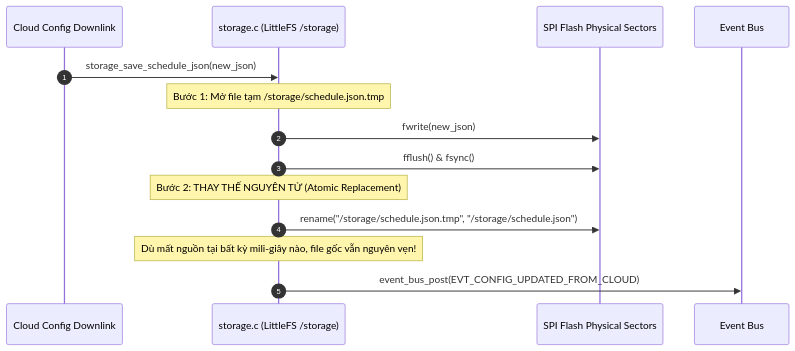
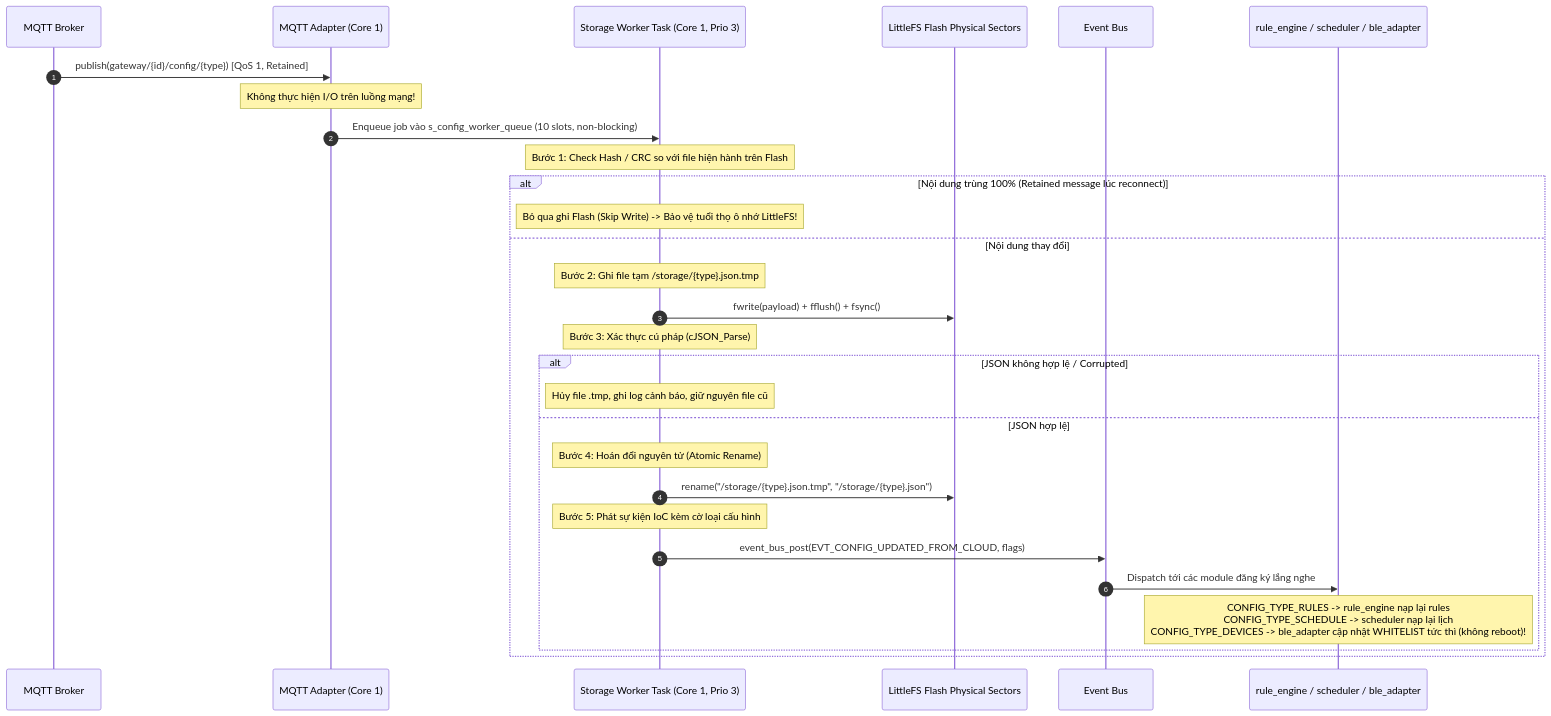
Before and after one commit to mrhan68/Gateway_Clock: the sixth of 7 diagrams in docs/architecture/02-subsystems-and-interfaces.md, drawn with Mermaid. The commit also changed other lines of this file and 22 other files, not shown here.

````diff
--- a/docs/architecture/02-subsystems-and-interfaces.md
+++ b/docs/architecture/02-subsystems-and-interfaces.md
@@ -273,17 +307,32 @@
 ```mermaid
 sequenceDiagram
     autonumber
-    participant Cloud as Cloud Config Downlink
-    participant Storage as storage.c (LittleFS /storage)
-    participant Flash as SPI Flash Physical Sectors
+    participant Broker as MQTT Broker
+    participant Mqtt as MQTT Adapter (Core 1)
+    participant Worker as Storage Worker Task (Core 1, Prio 3)
+    participant Flash as LittleFS Flash Physical Sectors
     participant Bus as Event Bus
+    participant Modules as rule_engine / scheduler / ble_adapter
 
-    Cloud->>Storage: storage_save_schedule_json(new_json)
-    Note over Storage: Bước 1: Mở file tạm /storage/schedule.json.tmp
-    Storage->>Flash: fwrite(new_json)
-    Storage->>Flash: fflush() & fsync()
-    Note over Storage: Bước 2: THAY THẾ NGUYÊN TỬ (Atomic Replacement)
-    Storage->>Flash: rename("/storage/schedule.json.tmp", "/storage/schedule.json")
-    Note over Storage: Dù mất nguồn tại bất kỳ mili-giây nào, file gốc vẫn nguyên vẹn!
-    Storage->>Bus: event_bus_post(EVT_CONFIG_UPDATED_FROM_CLOUD)
+    Broker->>Mqtt: publish(gateway/{id}/config/{type}) [QoS 1, Retained]
+    Note over Mqtt: Không thực hiện I/O trên luồng mạng!
+    Mqtt->>Worker: Enqueue job vào s_config_worker_queue (10 slots, non-blocking)
+    Note over Worker: Bước 1: Check Hash / CRC so với file hiện hành trên Flash
+    alt Nội dung trùng 100% (Retained message lúc reconnect)
+        Note over Worker: Bỏ qua ghi Flash (Skip Write) -> Bảo vệ tuổi thọ ô nhớ LittleFS!
+    else Nội dung thay đổi
+        Note over Worker: Bước 2: Ghi file tạm /storage/{type}.json.tmp
+        Worker->>Flash: fwrite(payload) + fflush() + fsync()
+        Note over Worker: Bước 3: Xác thực cú pháp (cJSON_Parse)
+        alt JSON không hợp lệ / Corrupted
+            Note over Worker: Hủy file .tmp, ghi log cảnh báo, giữ nguyên file cũ
+        else JSON hợp lệ
+            Note over Worker: Bước 4: Hoán đổi nguyên tử (Atomic Rename)
+            Worker->>Flash: rename("/storage/{type}.json.tmp", "/storage/{type}.json")
+            Note over Worker: Bước 5: Phát sự kiện IoC kèm cờ loại cấu hình
+            Worker->>Bus: event_bus_post(EVT_CONFIG_UPDATED_FROM_CLOUD, flags)
+            Bus->>Modules: Dispatch tới các module đăng ký lắng nghe
+            Note over Modules: CONFIG_TYPE_RULES -> rule_engine nạp lại rules<br/>CONFIG_TYPE_SCHEDULE -> scheduler nạp lại lịch<br/>CONFIG_TYPE_DEVICES -> ble_adapter cập nhật WHITELIST tức thì (không reboot)!
+        end
+    end
 ```
````
